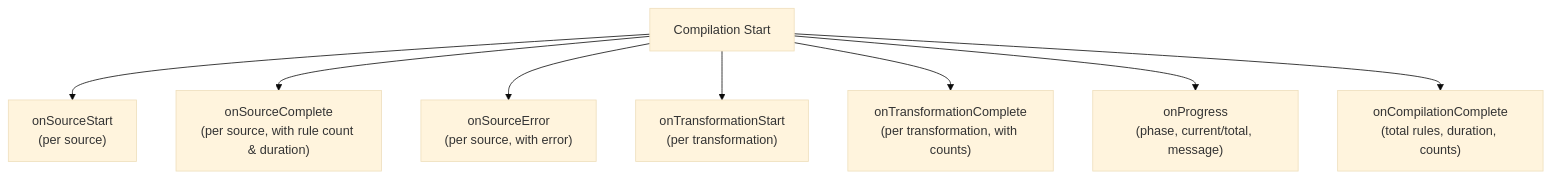
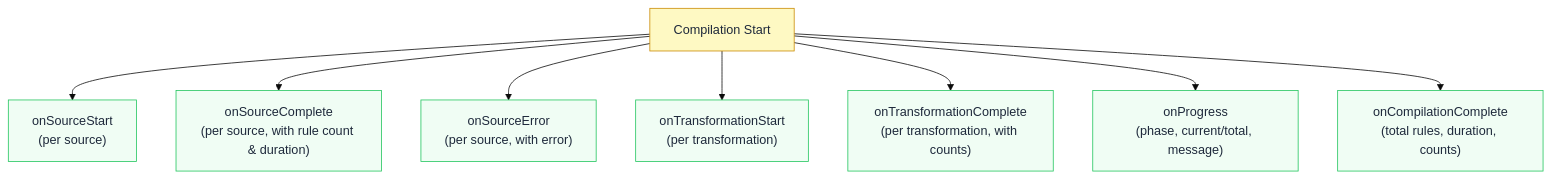
Before and after one commit to jaypatrick/adblock-compiler: diagram 15 of 19 in docs/development/ARCHITECTURE.md, drawn with Mermaid (base theme). The commit also changed other lines of this file, not shown here.

First line of the commit message:
docs: refresh ARCHITECTURE.md with current architecture, full diagram coverage, and color coding (#1100)

````diff
--- a/docs/development/ARCHITECTURE.md
+++ b/docs/development/ARCHITECTURE.md
@@ -541,11 +727,13 @@
 ```mermaid
 flowchart TD
-    CS["Compilation Start"]
-    CS --> OSS["onSourceStart\n(per source)"]
-    CS --> OSC["onSourceComplete\n(per source, with rule count & duration)"]
-    CS --> OSE["onSourceError\n(per source, with error)"]
-    CS --> OTS["onTransformationStart\n(per transformation)"]
-    CS --> OTC["onTransformationComplete\n(per transformation, with counts)"]
-    CS --> OP["onProgress\n(phase, current/total, message)"]
-    CS --> OCC["onCompilationComplete\n(total rules, duration, counts)"]
+    classDef event fill:#fef9c3,stroke:#ca8a04,color:#1e293b
+    classDef hook fill:#f0fdf4,stroke:#22c55e,color:#1e293b
+    CS["Compilation Start"]:::event
+    CS --> OSS["onSourceStart\n(per source)"]:::hook
+    CS --> OSC["onSourceComplete\n(per source, with rule count & duration)"]:::hook
+    CS --> OSE["onSourceError\n(per source, with error)"]:::hook
+    CS --> OTS["onTransformationStart\n(per transformation)"]:::hook
+    CS --> OTC["onTransformationComplete\n(per transformation, with counts)"]:::hook
+    CS --> OP["onProgress\n(phase, current/total, message)"]:::hook
+    CS --> OCC["onCompilationComplete\n(total rules, duration, counts)"]:::hook
 ```
````
